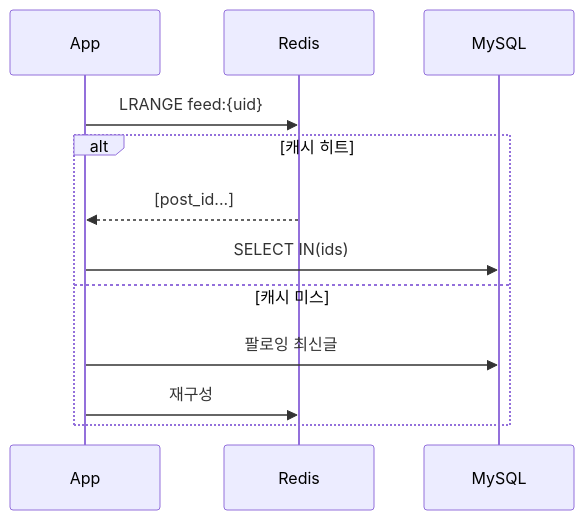
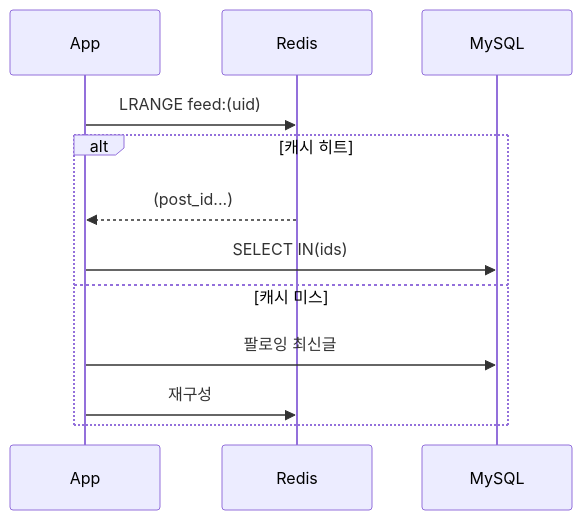
The sixth of 6 diagrams in _posts/systemdesign/2026-05-02-system-design-newsfeed.md (yjkim2015/yjkim2015.github.io), drawn with Mermaid before and after one commit. The commit also changed other lines of this file and 60 other files, not shown here.

First line of the commit message:
sequenceDiagram 문법 에러 수정 92개

````diff
--- a/_posts/systemdesign/2026-05-02-system-design-newsfeed.md
+++ b/_posts/systemdesign/2026-05-02-system-design-newsfeed.md
@@ -193,14 +193,14 @@
 ```mermaid
 sequenceDiagram
     participant App
     participant C as Redis
     participant DB as MySQL
-    App->>C: LRANGE feed:{uid}
+    App->>C: LRANGE feed:(uid)
     alt 캐시 히트
-        C-->>App: [post_id...]
-        App->>DB: SELECT IN(ids)
+    C-->>App: (post_id...)
+    App->>DB: SELECT IN(ids)
     else 캐시 미스
-        App->>DB: 팔로잉 최신글
-        App->>C: 재구성
+    App->>DB: 팔로잉 최신글
+    App->>C: 재구성
     end
 ```
````
